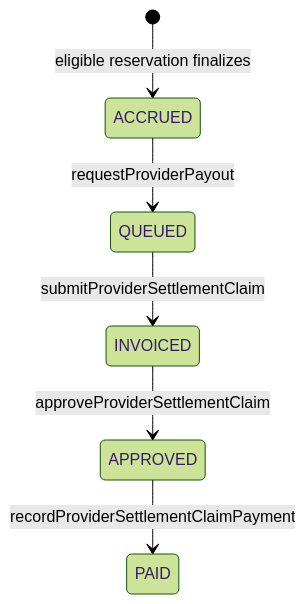
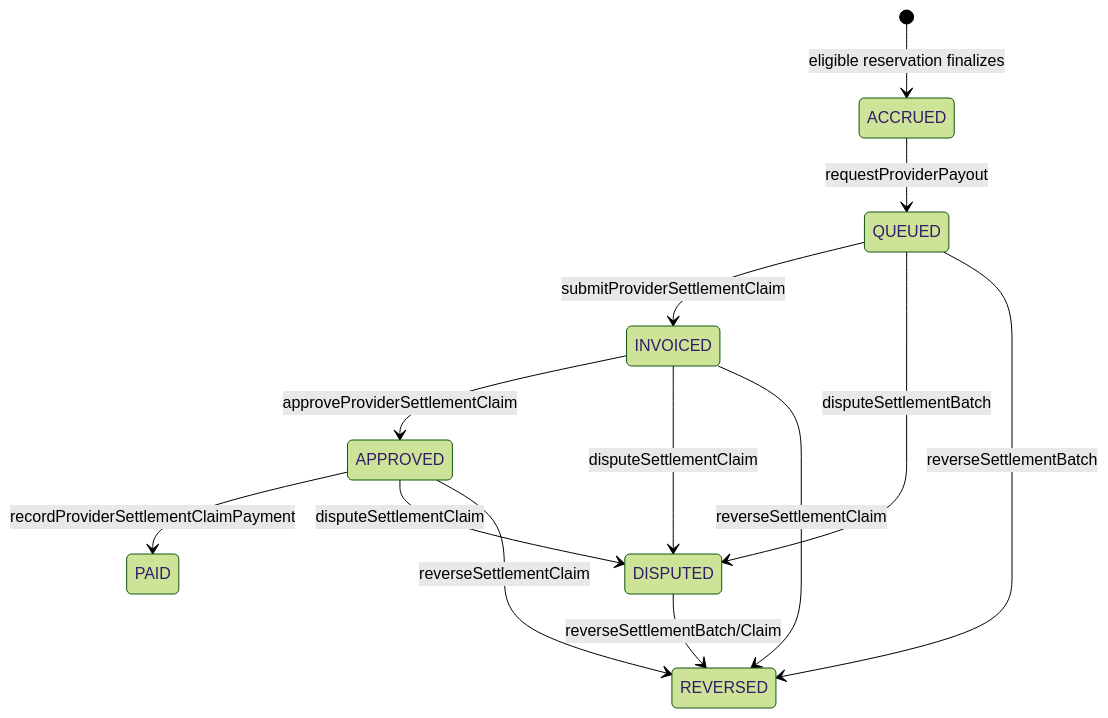
One commit to DecentraLabsCom/Smart-Contracts changed the second of 2 diagrams in docs/credits-and-settlement.md. Above: the diagram before and after it, drawn with Mermaid (forest theme). The commit also changed other lines of this file and 6 other files, not shown here.

````diff
--- a/docs/credits-and-settlement.md
+++ b/docs/credits-and-settlement.md
@@ -145,8 +145,15 @@
 ```mermaid
 stateDiagram-v2
     [*] --> ACCRUED: eligible reservation finalizes
     ACCRUED --> QUEUED: requestProviderPayout
     QUEUED --> INVOICED: submitProviderSettlementClaim
     INVOICED --> APPROVED: approveProviderSettlementClaim
     APPROVED --> PAID: recordProviderSettlementClaimPayment
+    QUEUED --> DISPUTED: disputeSettlementBatch
+    QUEUED --> REVERSED: reverseSettlementBatch
+    INVOICED --> DISPUTED: disputeSettlementClaim
+    APPROVED --> DISPUTED: disputeSettlementClaim
+    INVOICED --> REVERSED: reverseSettlementClaim
+    APPROVED --> REVERSED: reverseSettlementClaim
+    DISPUTED --> REVERSED: reverseSettlementBatch/Claim
 ```
````
